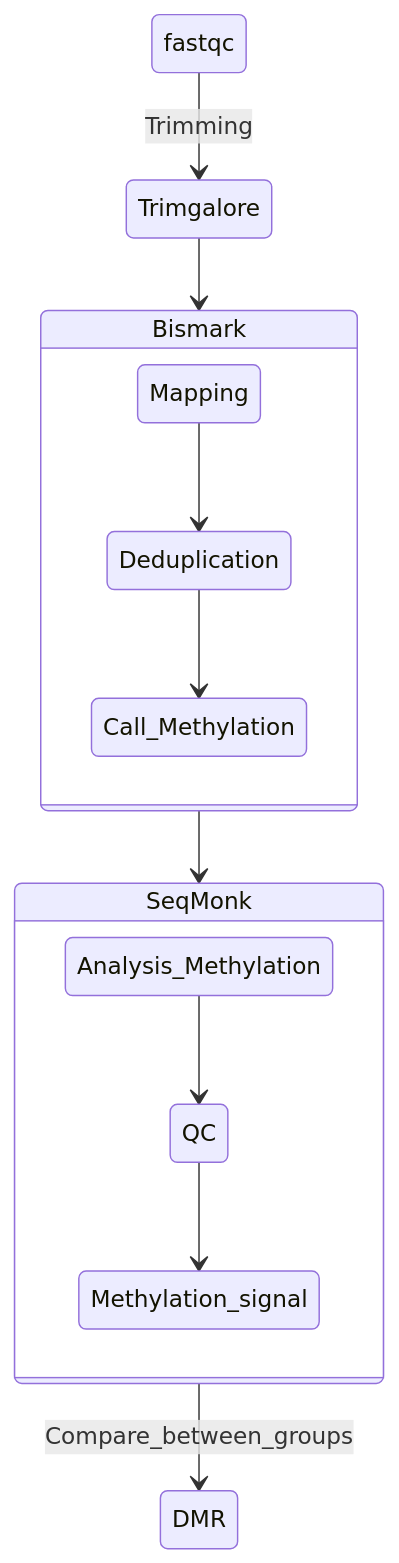
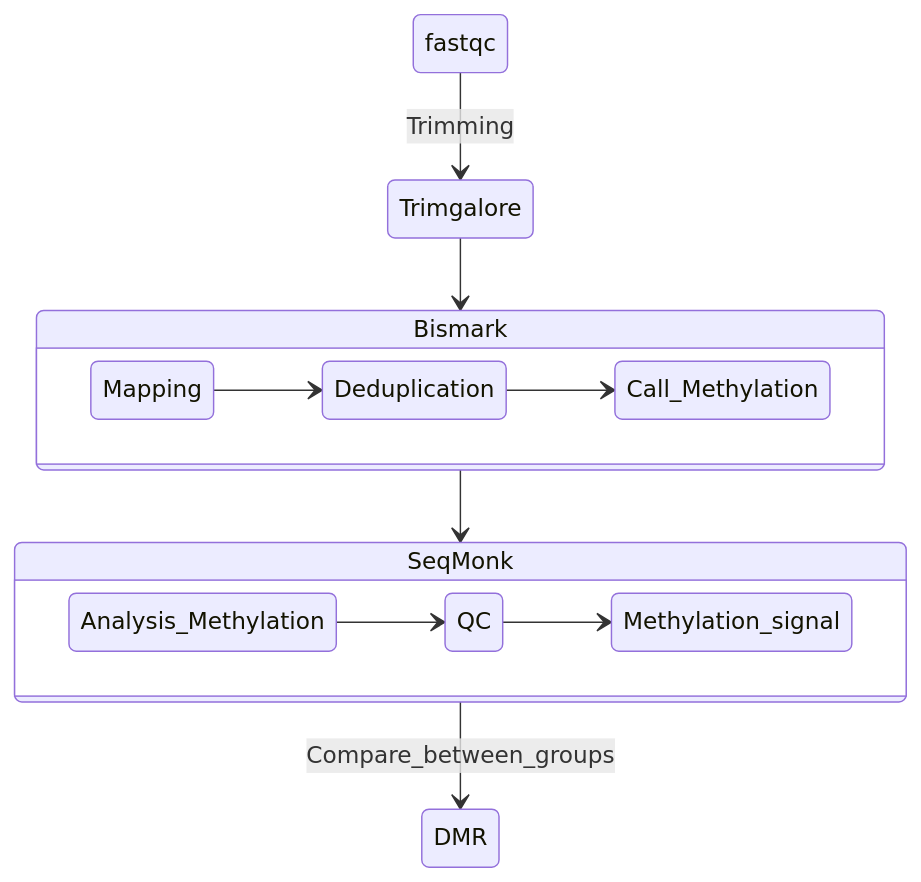
The diagram in README.md (wzuhou/WCS_BSseq_codes), drawn with Mermaid before and after one commit.

````diff
--- a/README.md
+++ b/README.md
@@ -10,16 +10,18 @@
 ```mermaid
 %%{init: {'theme':'default'}}%%
 stateDiagram-v2
     fastqc --> Trimgalore : Trimming
     Trimgalore --> Bismark
     state Bismark{
+     direction LR
     Mapping --> Deduplication
     Deduplication --> Call_Methylation
     }
     Bismark --> SeqMonk
     state SeqMonk {
+     direction LR
     Analysis_Methylation --> QC
     QC --> Methylation_signal
     }
     SeqMonk --> DMR :Compare_between_groups
 ```
````
